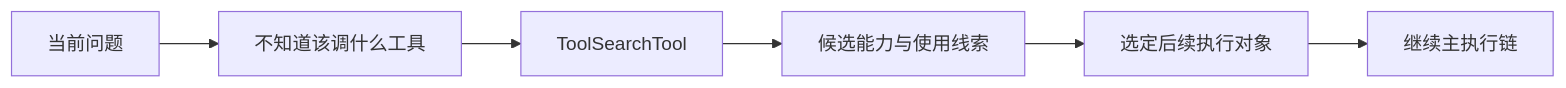
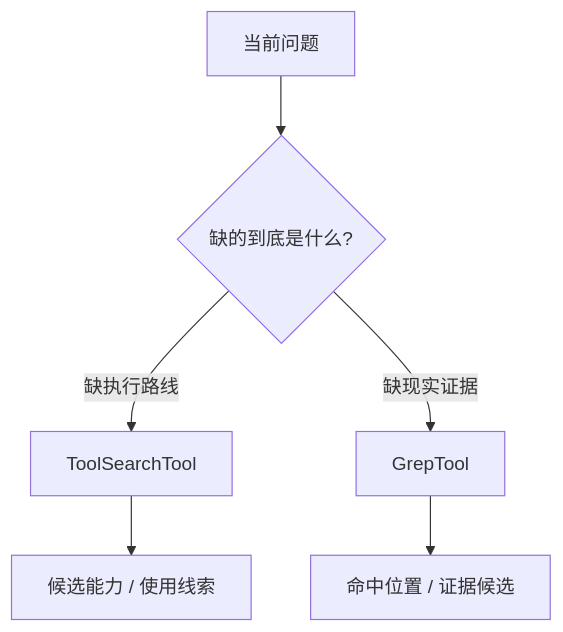
The second of 2 diagrams in docs/guidebookv2/volume-3/09-how-toolsearchtool-finds-what-tool-to-use.md (T0UGH/claude-code-source-guide), drawn with Mermaid before and after one commit. The commit also changed other lines of this file and 13 other files, not shown here.

Commit message:
tighten volume-3 diagrams and boundaries

````diff
--- a/docs/guidebookv2/volume-3/09-how-toolsearchtool-finds-what-tool-to-use.md
+++ b/docs/guidebookv2/volume-3/09-how-toolsearchtool-finds-what-tool-to-use.md
@@ -120,8 +120,8 @@
 ```mermaid
-flowchart LR
-    A[当前问题] --> B[不知道该调什么工具]
-    B --> C[ToolSearchTool]
-    C --> D[候选能力与使用线索]
-    D --> E[选定后续执行对象]
-    E --> F[继续主执行链]
+flowchart TD
+    A[当前问题] --> B{缺的到底是什么?}
+    B -->|缺执行路线| C[ToolSearchTool]
+    B -->|缺现实证据| D[GrepTool]
+    C --> E[候选能力 / 使用线索]
+    D --> F[命中位置 / 证据候选]
 ```
````
